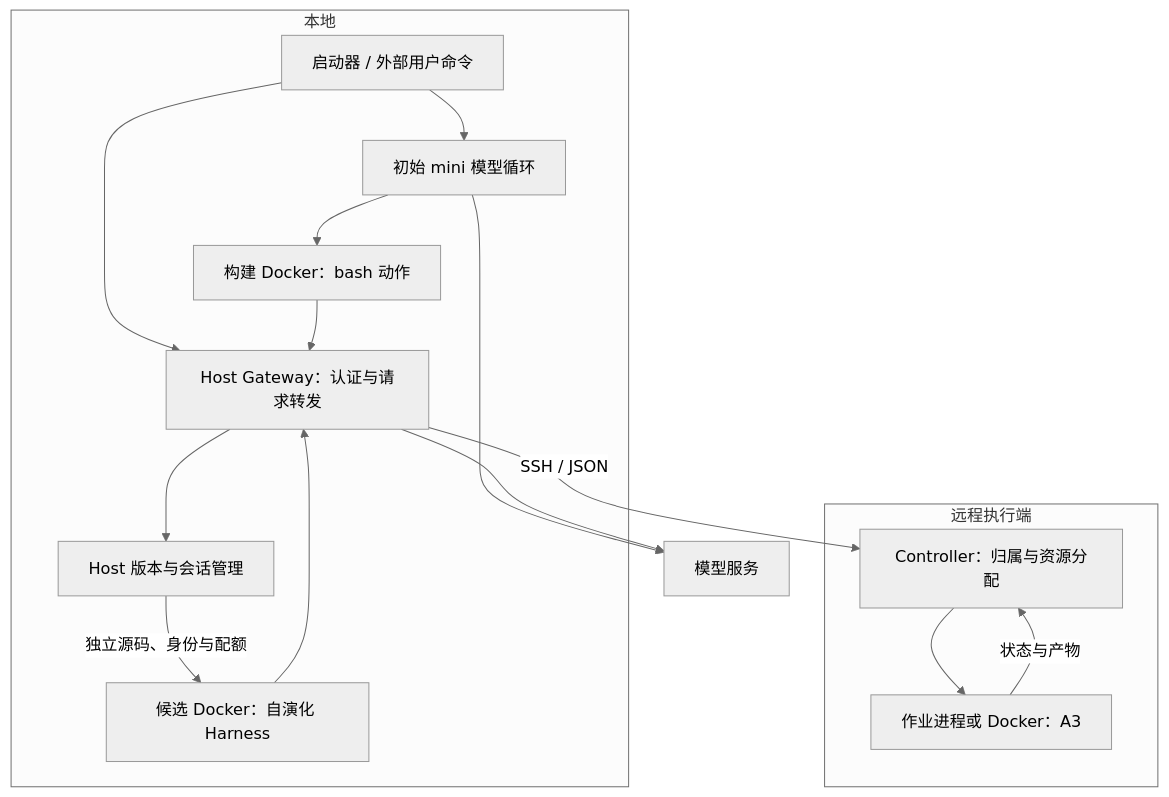
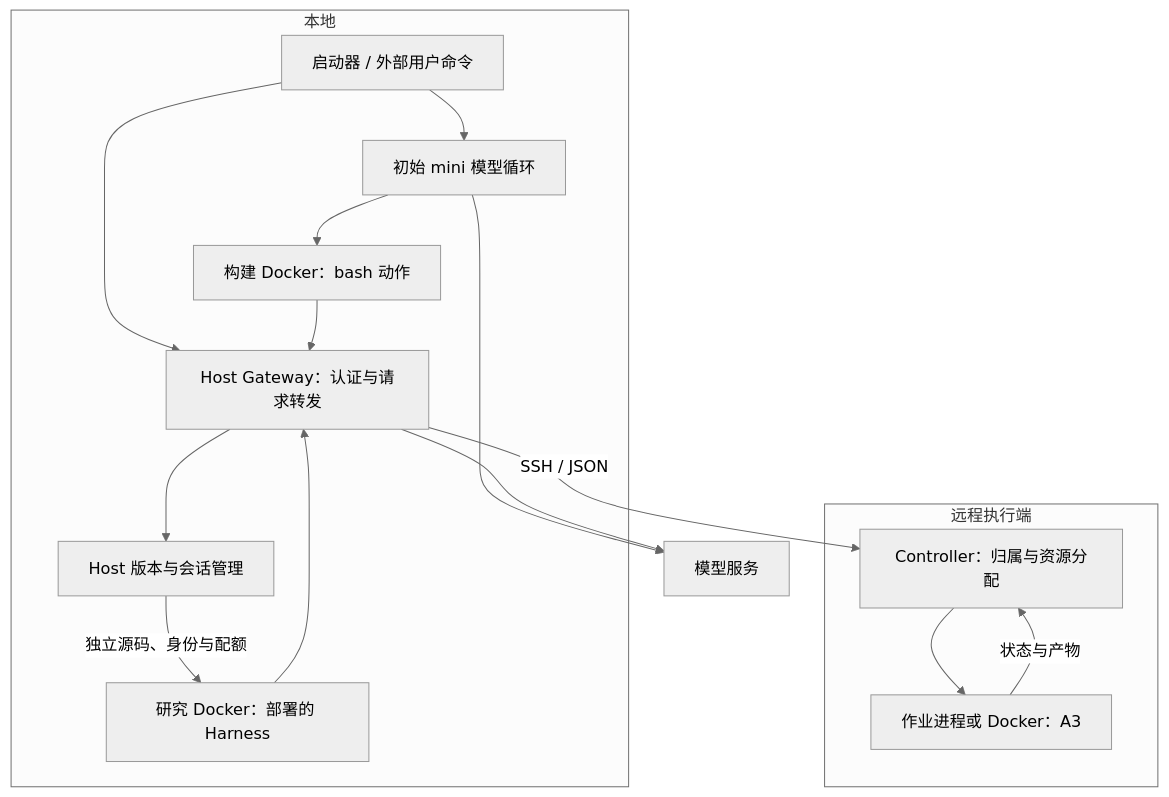
Before and after one commit to dove667/a3-autoresearch-agent: the first of 2 diagrams in docs/architecture.md, drawn with Mermaid (neutral theme). The commit also changed other lines of this file and 113 other files, not shown here.

````diff
--- a/docs/architecture.md
+++ b/docs/architecture.md
@@ -50,27 +26,27 @@
 ```mermaid
 flowchart TB
     subgraph Local[本地]
         CLI[启动器 / 外部用户命令]
         Mini[初始 mini 模型循环]
         Build[构建 Docker：bash 动作]
-        Agent[候选 Docker：自演化 Harness]
+        Agent[研究 Docker：部署的 Harness]
         Gateway[Host Gateway：认证与请求转发]
         Versions[Host 版本与会话管理]
         CLI --> Mini --> Build
         CLI --> Gateway
         Build --> Gateway
         Agent --> Gateway
         Gateway --> Versions
         Versions -->|独立源码、身份与配额| Agent
     end
     Provider[模型服务]
     Mini --> Provider
     Gateway --> Provider
     subgraph Remote[远程执行端]
         Controller[Controller：归属与资源分配]
         Job[作业进程或 Docker：A3]
         Controller --> Job
     end
     Gateway -->|SSH / JSON| Controller
     Job -->|状态与产物| Controller
 ```
````
